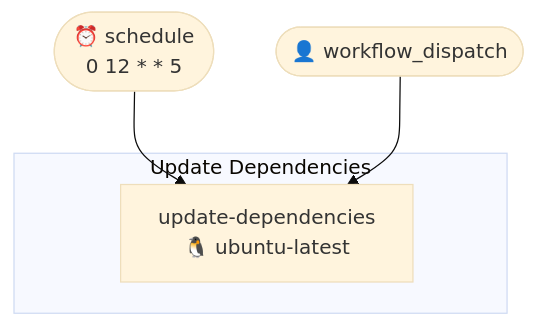
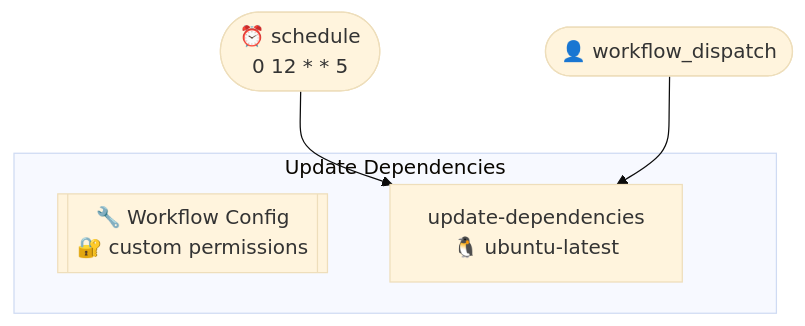
The first of 2 diagrams in .github/typeflows/update-dependencies/README.md (http4k/typeflows), drawn with Mermaid (base theme) before and after one commit. The commit also changed 3 other files, not shown here.

````diff
--- a/.github/typeflows/update-dependencies/README.md
+++ b/.github/typeflows/update-dependencies/README.md
@@ -3,11 +3,12 @@
 ```mermaid
 %%{init: {"flowchart": {"curve": "basis"}}}%%
 flowchart TD
     schedule(["⏰ schedule<br/>0 12 * * 5"])
     workflowdispatch(["👤 workflow_dispatch"])
     subgraph updatedependenciesyml["Update Dependencies"]
+        updatedependenciesyml_metadata[["🔧 Workflow Config<br/>🔐 custom permissions"]]
         updatedependenciesyml_updatedependencies["update-dependencies<br/>🐧 ubuntu-latest"]
     end
     schedule --> updatedependenciesyml_updatedependencies
     workflowdispatch --> updatedependenciesyml_updatedependencies
 ```
````
